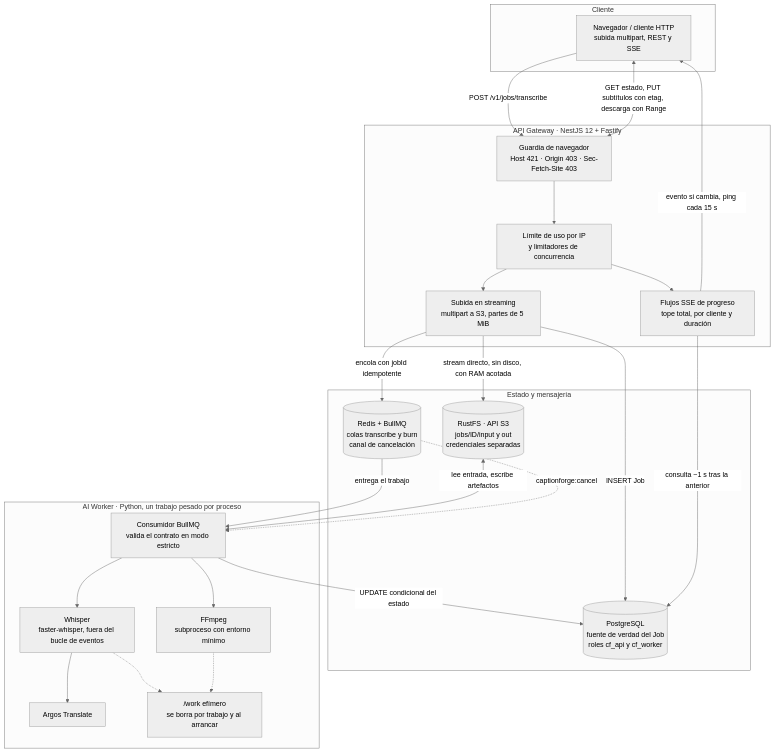
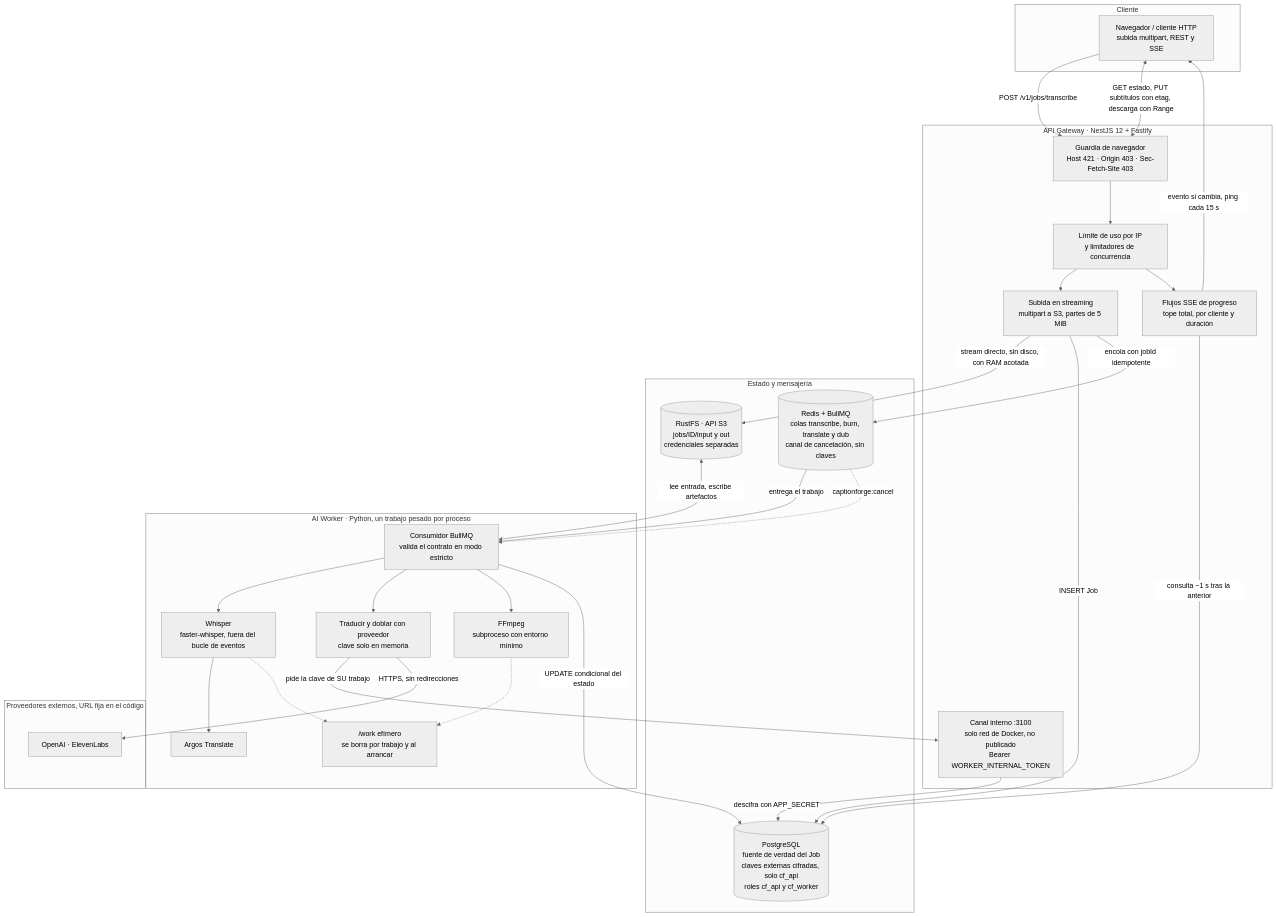
Before and after one commit to Bryandero98/captionforge: the diagram in docs/architecture_and_security.md, drawn with Mermaid (neutral theme). The commit also changed other lines of this file and 6 other files, not shown here.

Commit message:
docs: ADR 0020 aceptada, BYOK y Doblaje en arquitectura y guías ES/EN, runbook de APP_SECRET y CHANGELOG v1.0 (T12)

````diff
--- a/docs/architecture_and_security.md
+++ b/docs/architecture_and_security.md
@@ -34,46 +39,56 @@
 ```mermaid
 flowchart TD
   subgraph Cliente["Cliente"]
     WEB["Navegador / cliente HTTP<br/>subida multipart, REST y SSE"]
   end
 
   subgraph Gateway["API Gateway · NestJS 12 + Fastify"]
     GUARD["Guardia de navegador<br/>Host 421 · Origin 403 · Sec-Fetch-Site 403"]
     RL["Límite de uso por IP<br/>y limitadores de concurrencia"]
     UP["Subida en streaming<br/>multipart a S3, partes de 5 MiB"]
     SSE["Flujos SSE de progreso<br/>tope total, por cliente y duración"]
+    INT["Canal interno :3100<br/>solo red de Docker, no publicado<br/>Bearer WORKER_INTERNAL_TOKEN"]
     GUARD --> RL --> UP
     RL --> SSE
   end
 
   subgraph Datos["Estado y mensajería"]
-    PG[("PostgreSQL<br/>fuente de verdad del Job<br/>roles cf_api y cf_worker")]
-    RDS[("Redis + BullMQ<br/>colas transcribe y burn<br/>canal de cancelación")]
+    PG[("PostgreSQL<br/>fuente de verdad del Job<br/>claves externas cifradas, solo cf_api<br/>roles cf_api y cf_worker")]
+    RDS[("Redis + BullMQ<br/>colas transcribe, burn, translate y dub<br/>canal de cancelación, sin claves")]
     S3[("RustFS · API S3<br/>jobs/ID/input y out<br/>credenciales separadas")]
   end
 
   subgraph Worker["AI Worker · Python, un trabajo pesado por proceso"]
     CONS["Consumidor BullMQ<br/>valida el contrato en modo estricto"]
     WH["Whisper<br/>faster-whisper, fuera del bucle de eventos"]
     ARG["Argos Translate"]
+    EXT["Traducir y doblar con proveedor<br/>clave solo en memoria"]
     FF["FFmpeg<br/>subproceso con entorno mínimo"]
     TMP["/work efímero<br/>se borra por trabajo y al arrancar"]
     CONS --> WH --> ARG
+    CONS --> EXT
     CONS --> FF
     WH -.-> TMP
     FF -.-> TMP
+  end
+
+  subgraph Prov["Proveedores externos, URL fija en el código"]
+    PROV["OpenAI · ElevenLabs"]
   end
 
   WEB -->|"POST /v1/jobs/transcribe"| GUARD
   UP -->|"stream directo, sin disco, con RAM acotada"| S3
   UP -->|"INSERT Job"| PG
   UP -->|"encola con jobId idempotente"| RDS
   WEB <-->|"GET estado, PUT subtítulos con etag, descarga con Range"| GUARD
   SSE -->|"consulta ~1 s tras la anterior"| PG
   SSE -->|"evento si cambia, ping cada 15 s"| WEB
 
   RDS -->|"entrega el trabajo"| CONS
   S3 <-->|"lee entrada, escribe artefactos"| CONS
   CONS -->|"UPDATE condicional del estado"| PG
   RDS -.->|"captionforge:cancel"| CONS
+  EXT -->|"pide la clave de SU trabajo"| INT
+  INT -->|"descifra con APP_SECRET"| PG
+  EXT -->|"HTTPS, sin redirecciones"| PROV
 ```
````
